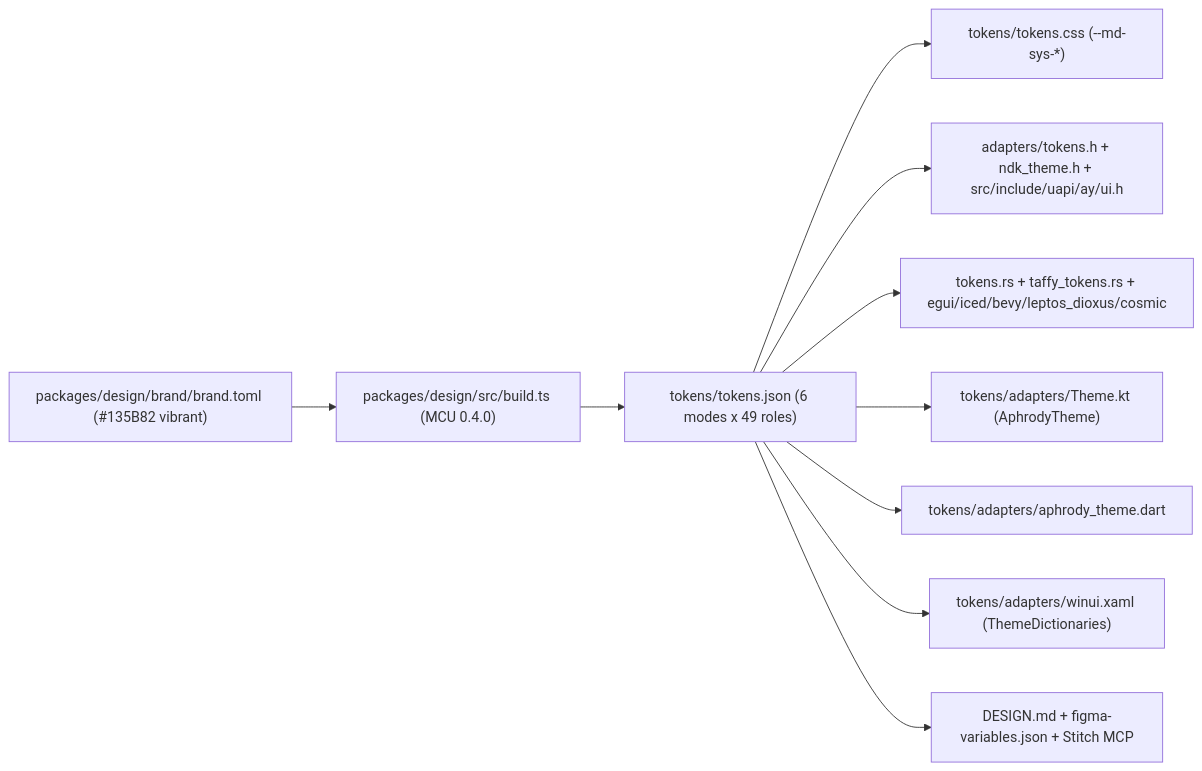
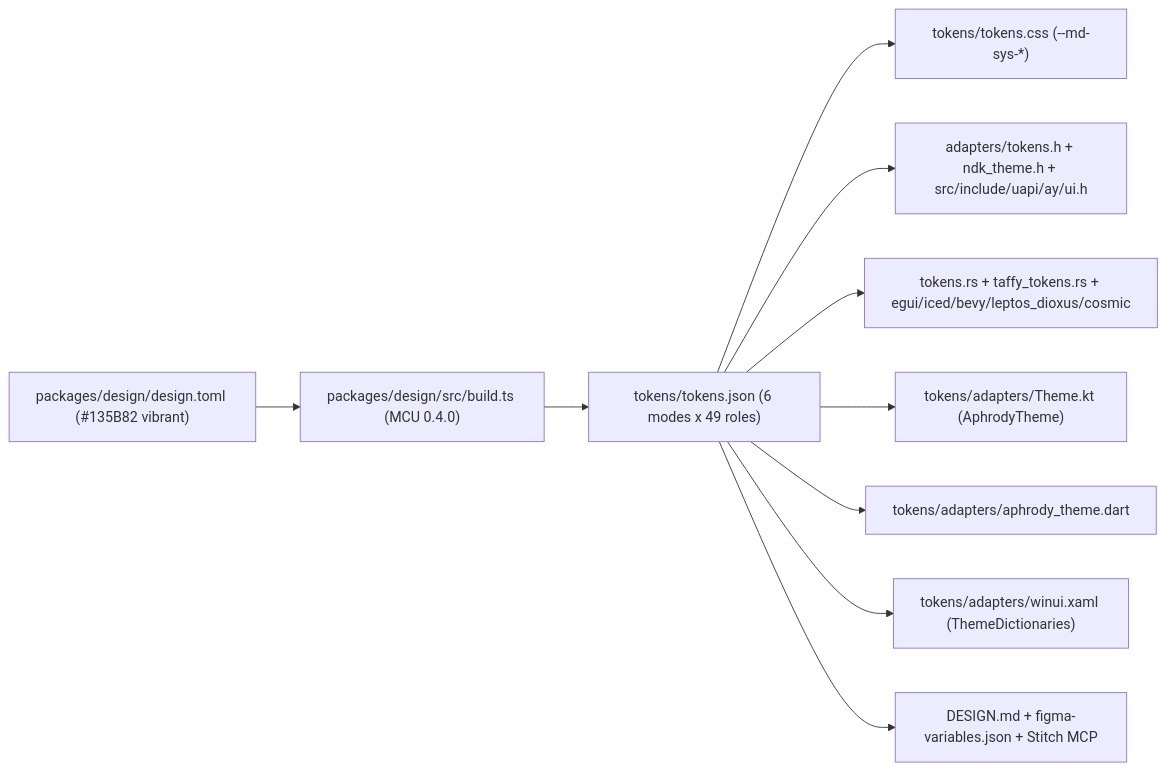
One commit to aphrody-labs/legacy changed the first of 2 diagrams in docs/native/PURE-C-WASM-UI-2026.md. Above: the diagram before and after it, drawn with Mermaid. The commit also changed other lines of this file and 439 other files, not shown here.

Commit message:
logo: docs/logo/aphrody.png is the logo; purge packages/design/brand, the generated logo, icon and badge art, the Rust brand generator and ay brand; design tokens read packages/design/design.toml; site home and catalog rebuilt by apps/aphrody/build.ts from the catalog data and the i18n site catalogs

````diff
--- a/docs/native/PURE-C-WASM-UI-2026.md
+++ b/docs/native/PURE-C-WASM-UI-2026.md
@@ -67,12 +67,12 @@
 ```mermaid
 flowchart LR
-  Brand["packages/design/brand/brand.toml (#135B82 vibrant)"] --> Build["packages/design/src/build.ts (MCU 0.4.0)"]
+  Brand["packages/design/design.toml (#135B82 vibrant)"] --> Build["packages/design/src/build.ts (MCU 0.4.0)"]
   Build --> JSON["tokens/tokens.json (6 modes x 49 roles)"]
   JSON --> CSS["tokens/tokens.css (--md-sys-*)"]
   JSON --> CHeader["adapters/tokens.h + ndk_theme.h + src/include/uapi/ay/ui.h"]
   JSON --> Rust["tokens.rs + taffy_tokens.rs + egui/iced/bevy/leptos_dioxus/cosmic"]
   JSON --> Compose["tokens/adapters/Theme.kt (AphrodyTheme)"]
   JSON --> Flutter["tokens/adapters/aphrody_theme.dart"]
   JSON --> WinUI["tokens/adapters/winui.xaml (ThemeDictionaries)"]
   JSON --> DesignTools["DESIGN.md + figma-variables.json + Stitch MCP"]
 ```
````
